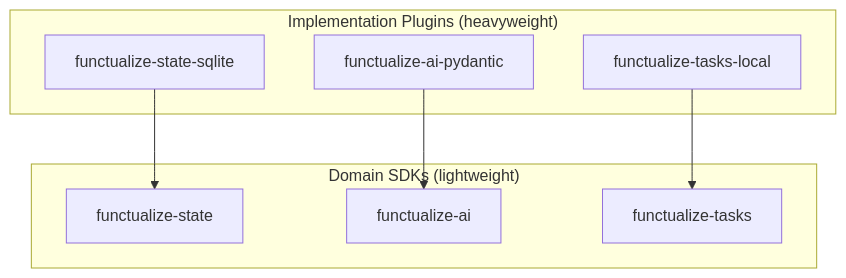
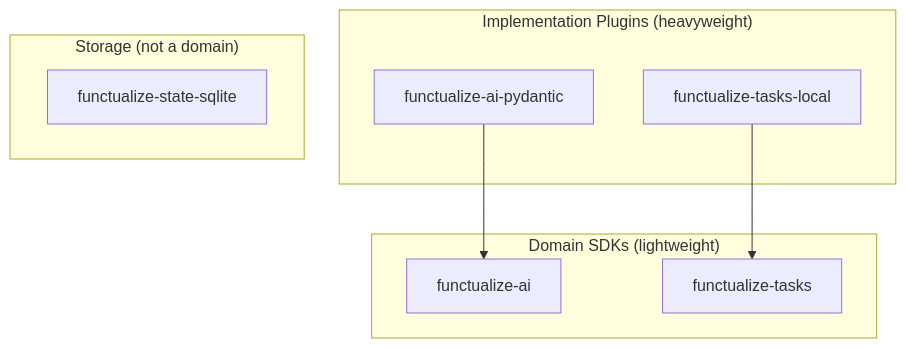
The diagram in docs/guides/domain-sdks.md (raicing-ai/functualize), drawn with Mermaid before and after one commit. The commit also changed other lines of this file and 22 other files, not shown here.

````diff
--- a/docs/guides/domain-sdks.md
+++ b/docs/guides/domain-sdks.md
@@ -9,18 +9,19 @@
 ```mermaid
 graph TD
     subgraph "Domain SDKs (lightweight)"
-        state["functualize-state"]
         ai["functualize-ai"]
         tasks["functualize-tasks"]
     end
 
     subgraph "Implementation Plugins (heavyweight)"
-        sqlite["functualize-state-sqlite"]
         pydantic["functualize-ai-pydantic"]
         local["functualize-tasks-local"]
     end
 
-    sqlite --> state
+    subgraph "Storage (not a domain)"
+        sqlite["functualize-state-sqlite"]
+    end
+
     pydantic --> ai
     local --> tasks
 ```
````
